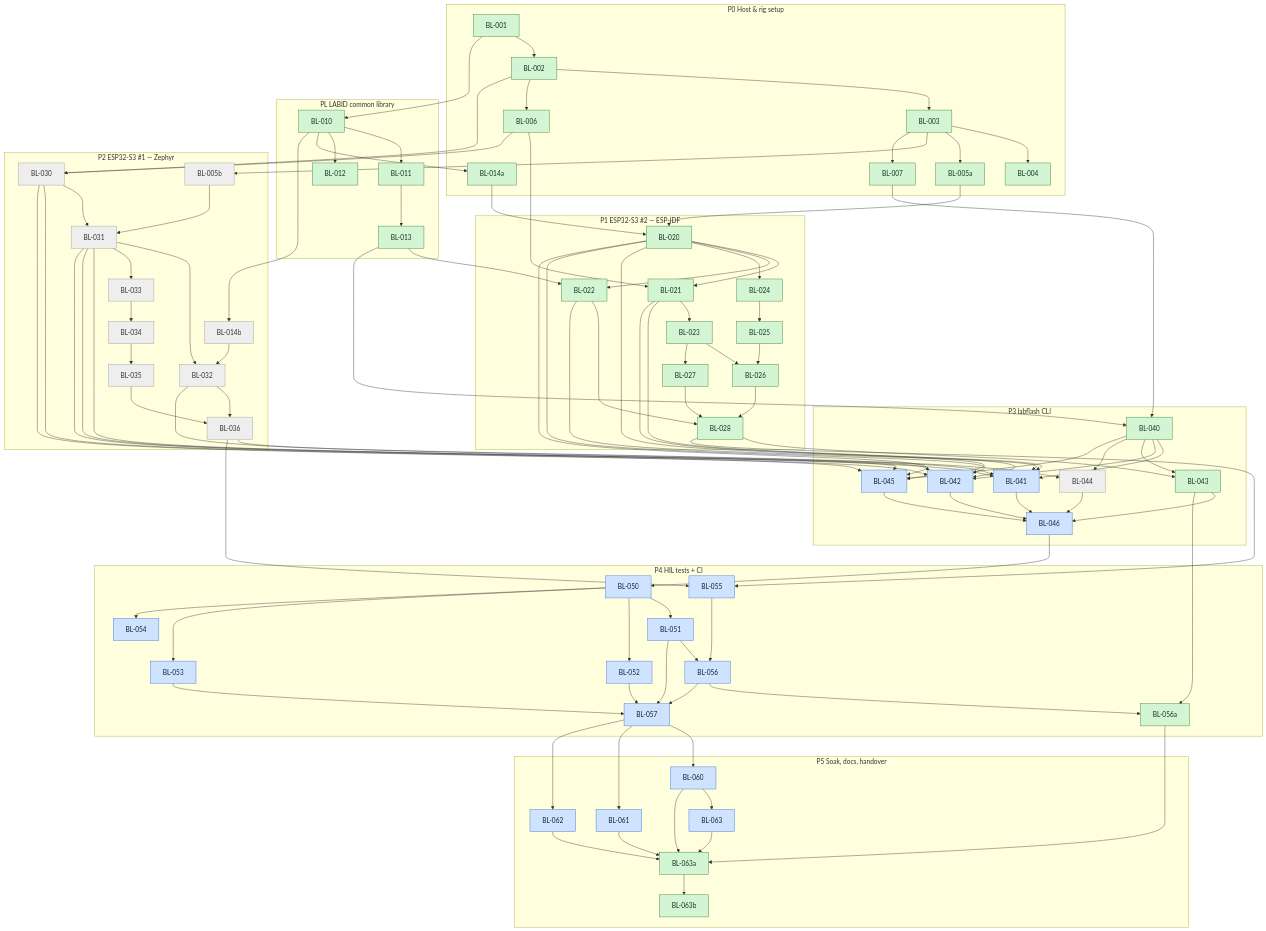
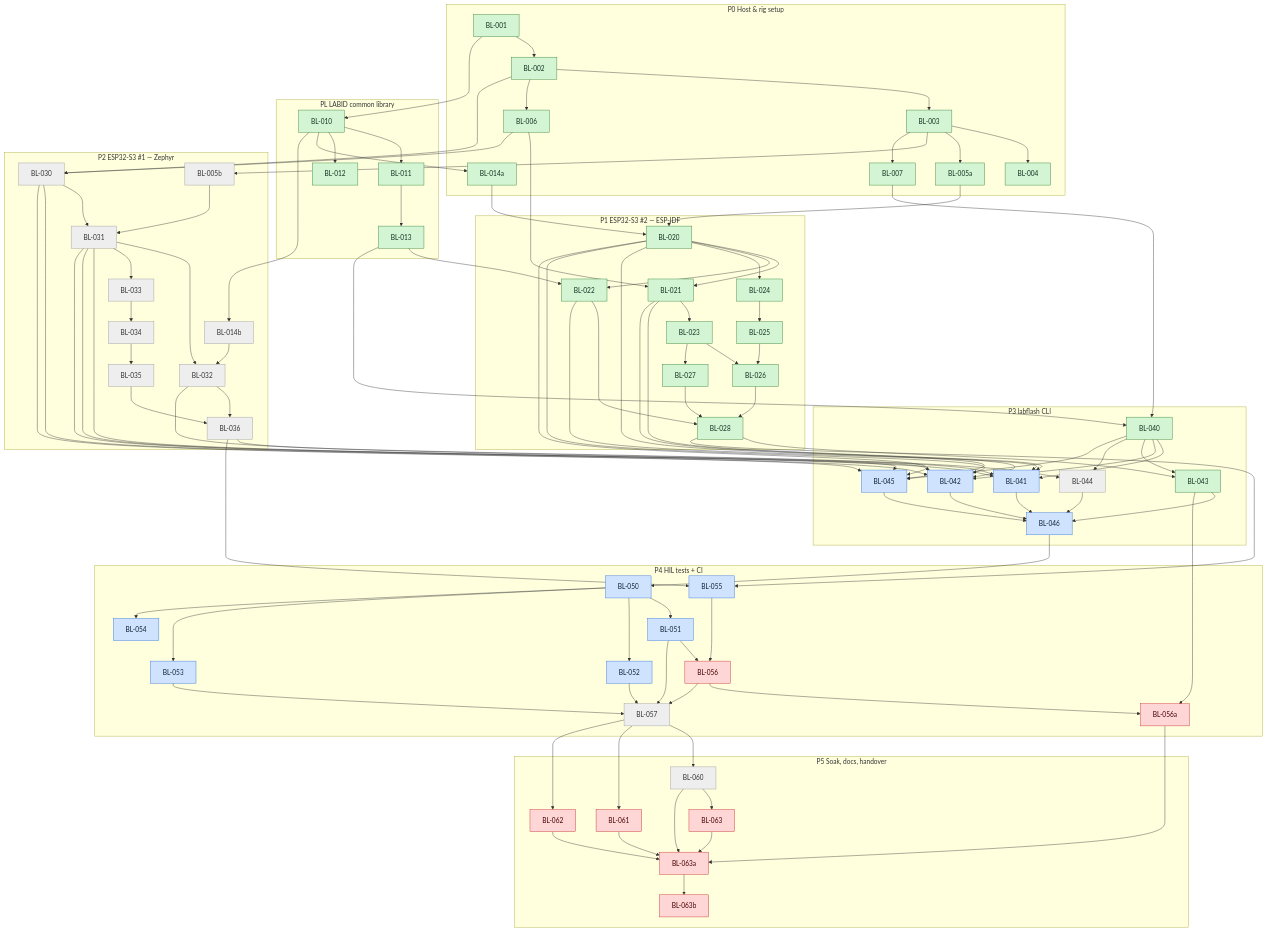
Before and after one commit to mohamed-soubhi/bootlab-esp: the third of 3 diagrams in tickets/TICKETS.md, drawn with Mermaid. The commit also changed other lines of this file and 15 other files, not shown here.

```diff
--- a/tickets/TICKETS.md
+++ b/tickets/TICKETS.md
@@ -1087,17 +1098,17 @@
         BL053["BL-053"]:::doing
         BL054["BL-054"]:::doing
         BL055["BL-055"]:::doing
-        BL056["BL-056"]:::doing
-        BL056a["BL-056a"]:::done
-        BL057["BL-057"]:::doing
+        BL056["BL-056"]:::blocked
+        BL056a["BL-056a"]:::blocked
+        BL057["BL-057"]:::todo
     end
     subgraph E5_g["P5 Soak, docs, handover"]
-        BL060["BL-060"]:::doing
-        BL061["BL-061"]:::doing
-        BL062["BL-062"]:::doing
-        BL063["BL-063"]:::doing
-        BL063a["BL-063a"]:::done
-        BL063b["BL-063b"]:::done
+        BL060["BL-060"]:::todo
+        BL061["BL-061"]:::blocked
+        BL062["BL-062"]:::blocked
+        BL063["BL-063"]:::blocked
+        BL063a["BL-063a"]:::blocked
+        BL063b["BL-063b"]:::blocked
     end
     BL001 --> BL002
     BL002 --> BL003
```
